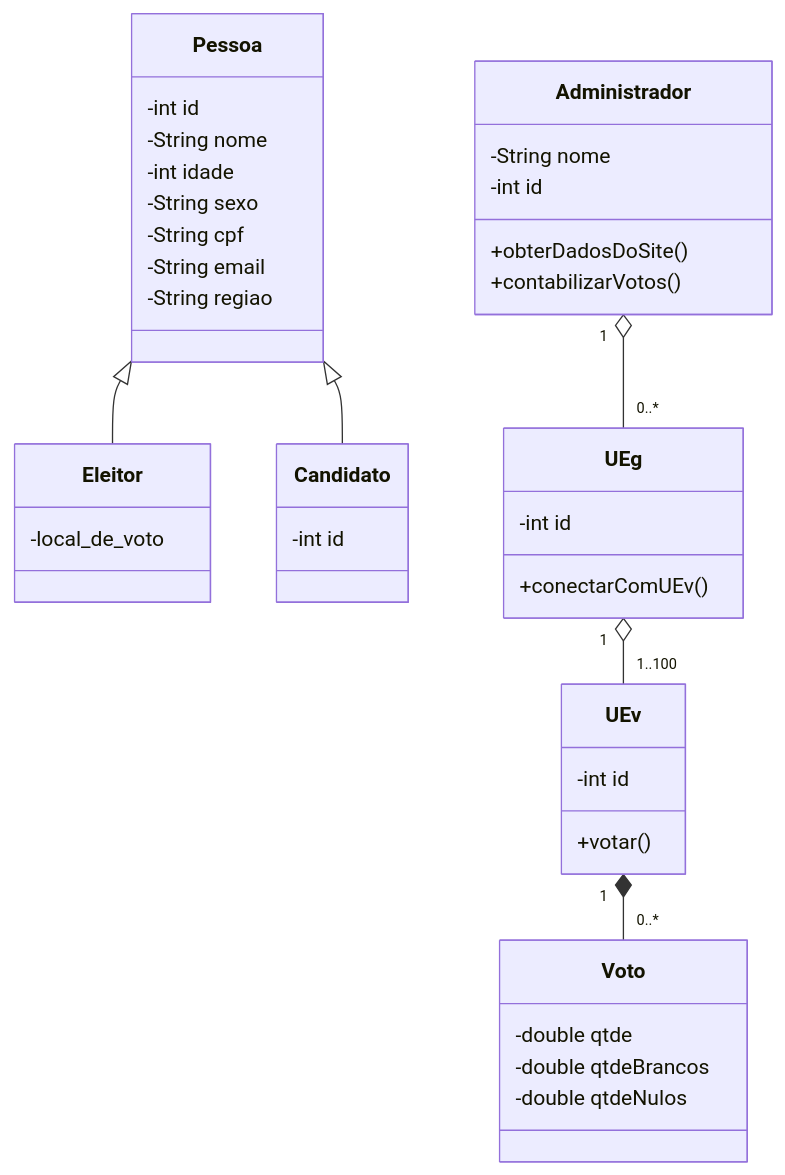
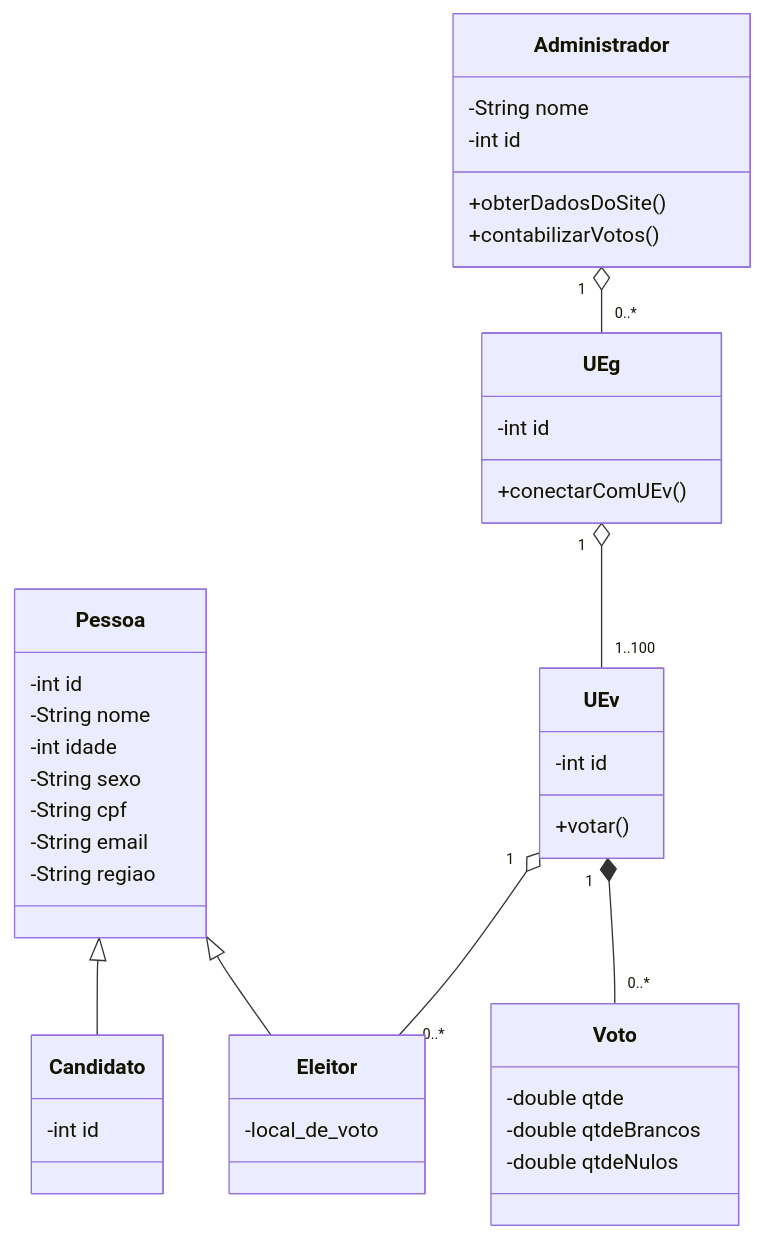
Before and after one commit to HenriqueFinatti/Modelagem-De-Software-Orientado-a-Objetos: the diagram in Diagrama De Classes.md, drawn with Mermaid.

Commit message:
Update Diagrama De Classes.md

````diff
--- a/Diagrama De Classes.md
+++ b/Diagrama De Classes.md
@@ -3,47 +3,48 @@
 ```mermaid
 classDiagram
 Pessoa <|-- Eleitor
 Pessoa <|-- Candidato
 Pessoa: -int id
 Pessoa: -String nome
 Pessoa: -int idade
 Pessoa: -String sexo
 Pessoa: -String cpf
 Pessoa: -String email
 Pessoa: -String regiao
 
 Eleitor: -local_de_voto
 
 class Candidato{
   -int id
 }
 
 class UEg{
   -int id
   +conectarComUEv()
 }
 
 class UEv{
   -int id
   +votar()
 }
 
 class Administrador{
   -String nome
   -int id
  +obterDadosDoSite()
  +contabilizarVotos()
 
 }
 
 class Voto{
   -double qtde
   -double qtdeBrancos
   -double qtdeNulos
 }
 
 Administrador "1" o-- "0..*" UEg
 UEg "1" o-- "1..100" UEv
 UEv "1" *-- "0..*" Voto
+UEv "1" o-- "0..*" Eleitor
 
 ```
````
